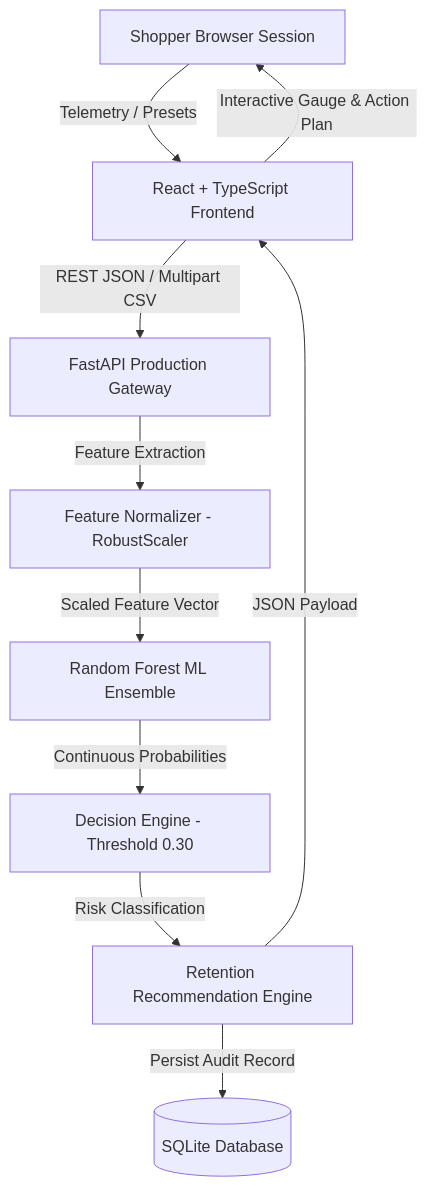
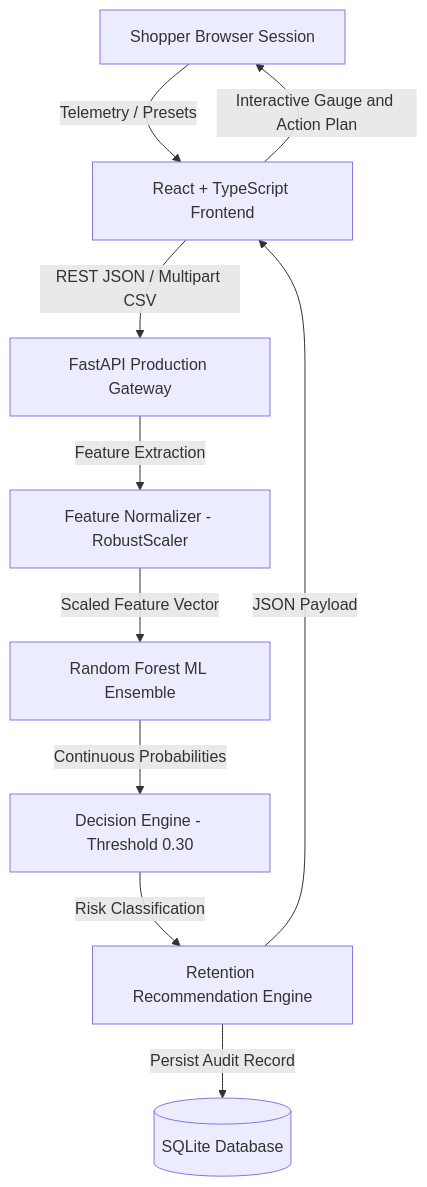
The diagram in README.md (shrutipatil07/Big-Data-Based-E-Commerce-Cart-Abandonment-Prediction-and-Intelligent-Retention-Recommendation), drawn with Mermaid before and after one commit.

Commit message:
update readMe.md file

````diff
--- a/README.md
+++ b/README.md
@@ -29,12 +29,12 @@
 ```mermaid
-graph TD
-    A[Shopper Browser Session] -->|Telemetry / Presets| B[React + TypeScript Frontend]
-    B -->|REST JSON / Multipart CSV| C[FastAPI Production Gateway]
-    C -->|Feature Extraction| D[Feature Normalizer - RobustScaler]
-    D -->|Scaled Feature Vector| E[Random Forest ML Ensemble]
-    E -->|Continuous Probabilities| F[Decision Engine - Threshold 0.30]
-    F -->|Risk Classification| G[Retention Recommendation Engine]
-    G -->|Persist Audit Record| H[(SQLite Database)]
-    G -->|JSON Payload| B
-    B -->|Interactive Gauge & Action Plan| A
+flowchart TD
+    A["Shopper Browser Session"] -->|"Telemetry / Presets"| B["React + TypeScript Frontend"]
+    B -->|"REST JSON / Multipart CSV"| C["FastAPI Production Gateway"]
+    C -->|"Feature Extraction"| D["Feature Normalizer - RobustScaler"]
+    D -->|"Scaled Feature Vector"| E["Random Forest ML Ensemble"]
+    E -->|"Continuous Probabilities"| F["Decision Engine - Threshold 0.30"]
+    F -->|"Risk Classification"| G["Retention Recommendation Engine"]
+    G -->|"Persist Audit Record"| H[("SQLite Database")]
+    G -->|"JSON Payload"| B
+    B -->|"Interactive Gauge and Action Plan"| A
 ```
````
